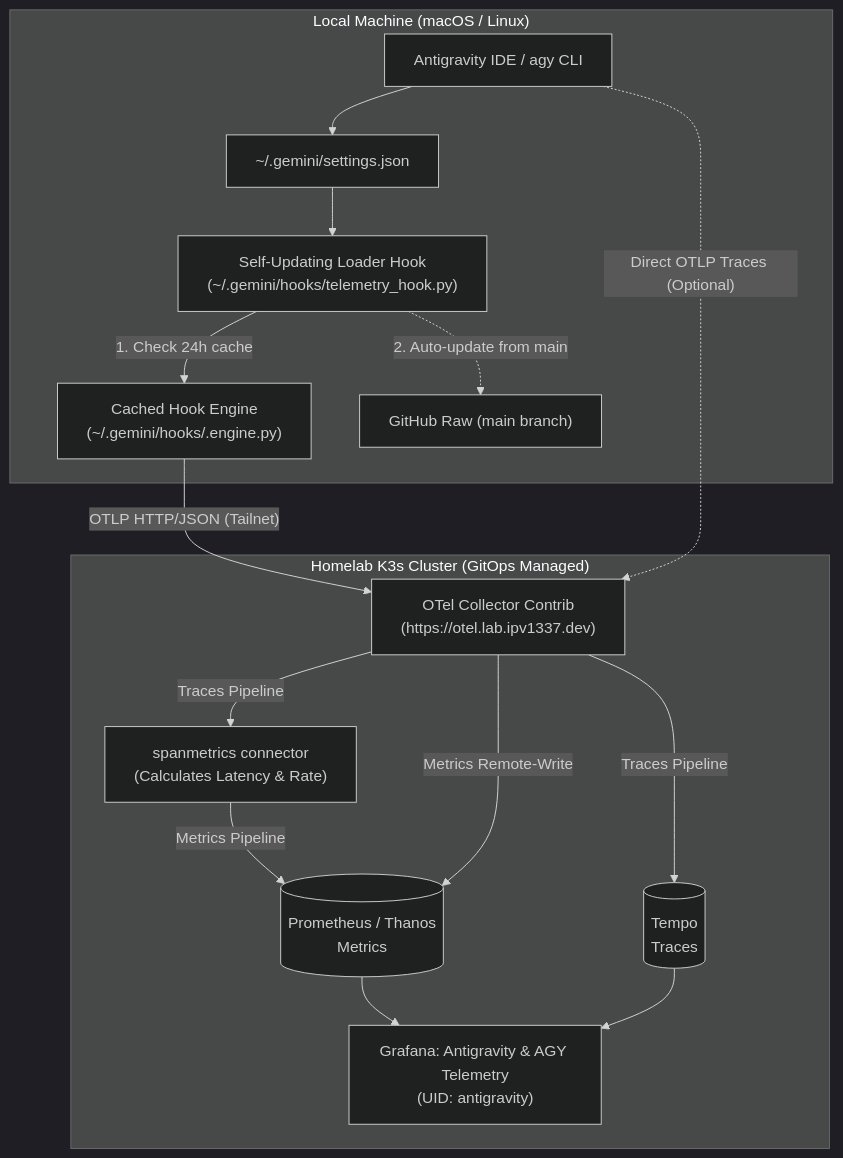
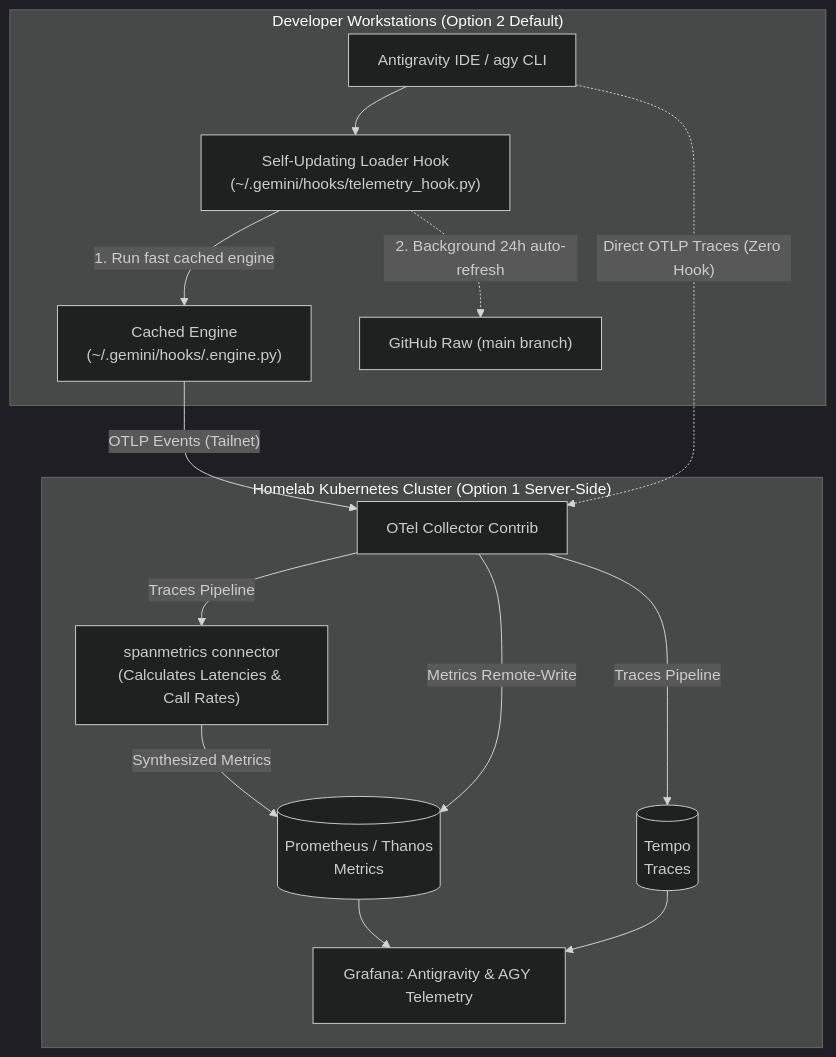
The first of 2 diagrams in docs/guides/antigravity-telemetry.md (VitruvianSoftware/vitruvian-core), drawn with Mermaid (dark theme) before and after one commit. The commit also changed other lines of this file and 1 other file, not shown here.

Commit message:
docs(telemetry): document Option 1 and Option 2 agent prompts and decision matrix (#2110)

````diff
--- a/docs/guides/antigravity-telemetry.md
+++ b/docs/guides/antigravity-telemetry.md
@@ -31,31 +31,29 @@
 ```mermaid
 flowchart TD
-    subgraph Local["Local Machine (macOS / Linux)"]
+    subgraph Client["Developer Workstations (Option 2 Default)"]
         AGY["Antigravity IDE / agy CLI"]
         Loader["Self-Updating Loader Hook<br/>(~/.gemini/hooks/telemetry_hook.py)"]
-        Engine["Cached Hook Engine<br/>(~/.gemini/hooks/.engine.py)"]
-        Settings["~/.gemini/settings.json"]
+        Engine["Cached Engine<br/>(~/.gemini/hooks/.engine.py)"]
         
-        AGY --> Settings
-        Settings --> Loader
-        Loader -->|"1. Check 24h cache"| Engine
-        Loader -.->|"2. Auto-update from main"| GH["GitHub Raw (main branch)"]
+        AGY --> Loader
+        Loader -->|"1. Run fast cached engine"| Engine
+        Loader -.->|"2. Background 24h auto-refresh"| GH["GitHub Raw (main branch)"]
     end
 
-    subgraph Homelab["Homelab K3s Cluster (GitOps Managed)"]
-        OTel["OTel Collector Contrib<br/>(https://otel.lab.ipv1337.dev)"]
-        SpanMetrics["spanmetrics connector<br/>(Calculates Latency & Rate)"]
+    subgraph Homelab["Homelab Kubernetes Cluster (Option 1 Server-Side)"]
+        OTel["OTel Collector Contrib"]
+        SpanMetrics["spanmetrics connector<br/>(Calculates Latencies & Call Rates)"]
         Tempo[("Tempo<br/>Traces")]
         Prom[("Prometheus / Thanos<br/>Metrics")]
-        Grafana["Grafana: Antigravity & AGY Telemetry<br/>(UID: antigravity)"]
+        Grafana["Grafana: Antigravity & AGY Telemetry"]
 
-        Engine -->|"OTLP HTTP/JSON (Tailnet)"| OTel
-        AGY -.->|"Direct OTLP Traces (Optional)"| OTel
+        Engine -->|"OTLP Events (Tailnet)"| OTel
+        AGY -.->|"Direct OTLP Traces (Zero Hook)"| OTel
         OTel -->|"Traces Pipeline"| Tempo
         OTel -->|"Traces Pipeline"| SpanMetrics
-        SpanMetrics -->|"Metrics Pipeline"| Prom
+        SpanMetrics -->|"Synthesized Metrics"| Prom
         OTel -->|"Metrics Remote-Write"| Prom
         Prom --> Grafana
         Tempo --> Grafana
     end
 ```
````
